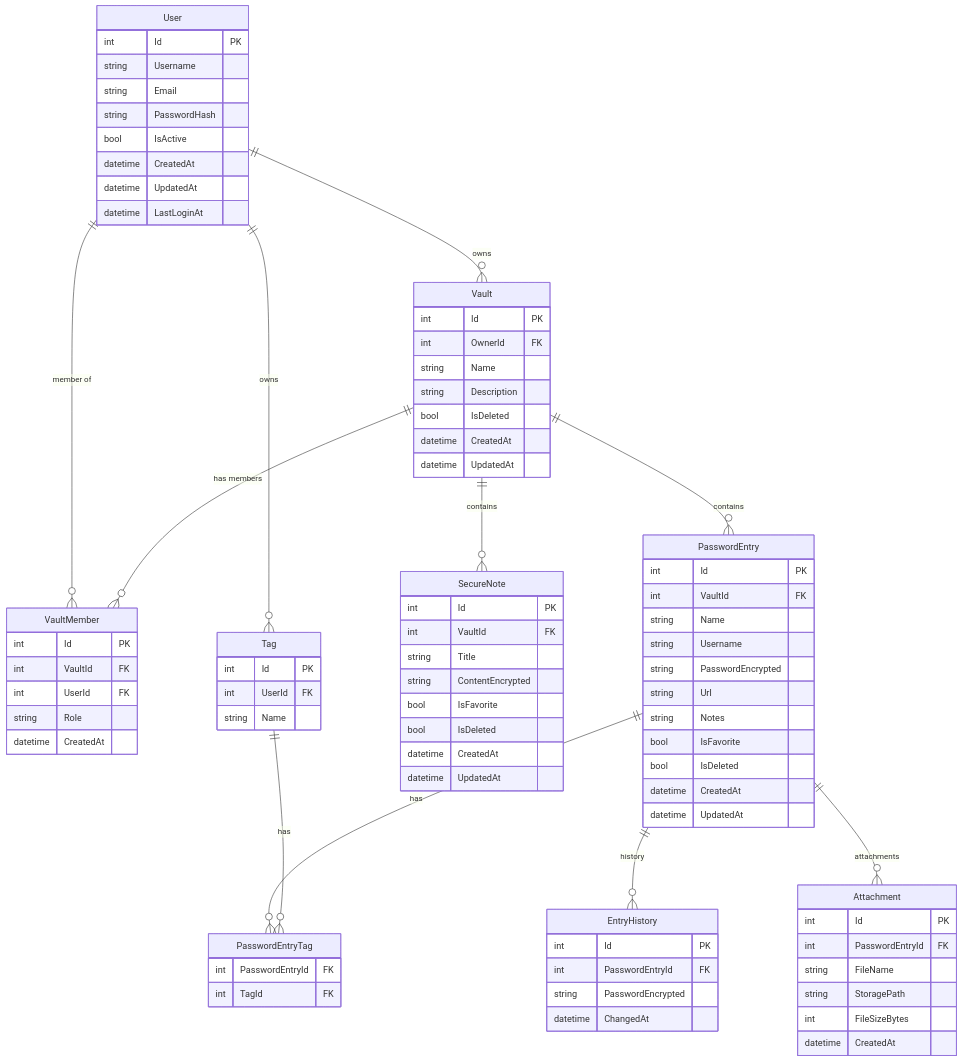
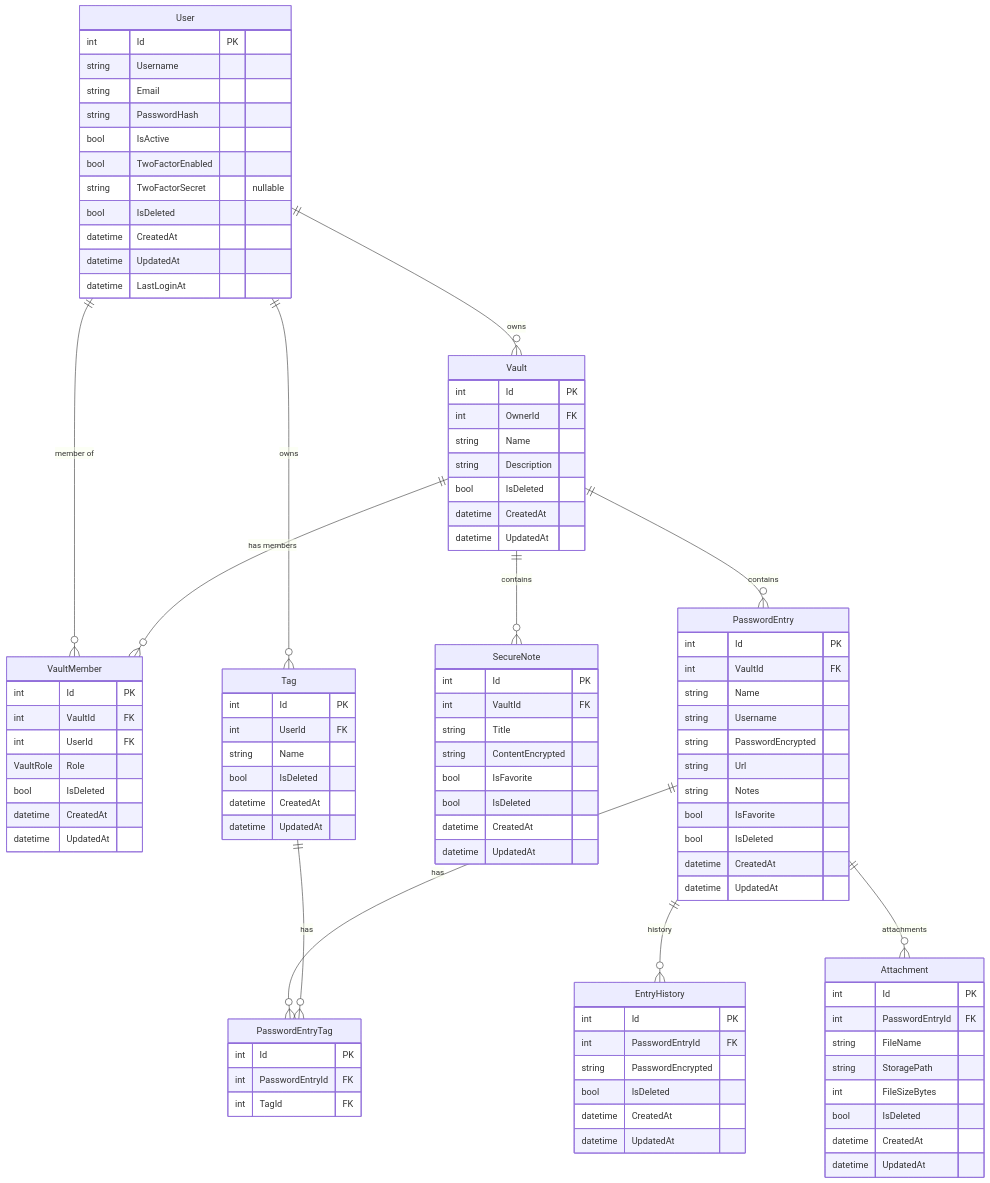
The diagram in docs/DATABASE.md (nicolasroumec/TheShed), drawn with Mermaid before and after one commit. The commit also changed other lines of this file and 13 other files, not shown here.

```diff
--- a/docs/DATABASE.md
+++ b/docs/DATABASE.md
@@ -9,6 +9,9 @@
         string Email
         string PasswordHash
         bool IsActive
+        bool TwoFactorEnabled
+        string TwoFactorSecret "nullable"
+        bool IsDeleted
         datetime CreatedAt
         datetime UpdatedAt
         datetime LastLoginAt
@@ -28,8 +31,10 @@
         int Id PK
         int VaultId FK
         int UserId FK
-        string Role
+        VaultRole Role
+        bool IsDeleted
         datetime CreatedAt
+        datetime UpdatedAt
     }
 
     PasswordEntry {
@@ -61,9 +66,13 @@
         int Id PK
         int UserId FK
         string Name
+        bool IsDeleted
+        datetime CreatedAt
+        datetime UpdatedAt
     }
 
     PasswordEntryTag {
+        int Id PK
         int PasswordEntryId FK
         int TagId FK
     }
@@ -72,7 +81,9 @@
         int Id PK
         int PasswordEntryId FK
         string PasswordEncrypted
-        datetime ChangedAt
+        bool IsDeleted
+        datetime CreatedAt
+        datetime UpdatedAt
     }
 
     Attachment {
@@ -81,7 +92,9 @@
         string FileName
         string StoragePath
         int FileSizeBytes
+        bool IsDeleted
         datetime CreatedAt
+        datetime UpdatedAt
     }
 
     User ||--o{ Vault : "owns"
```
